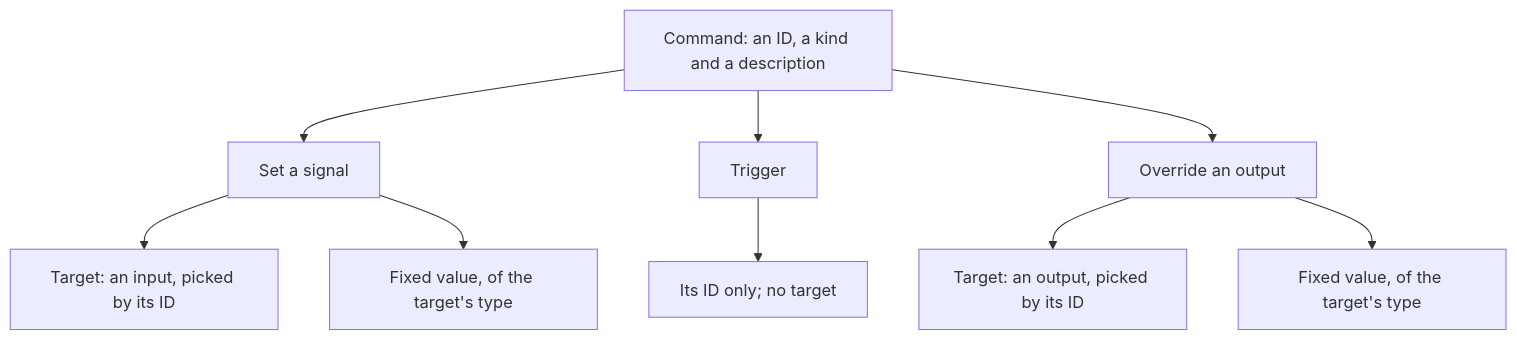
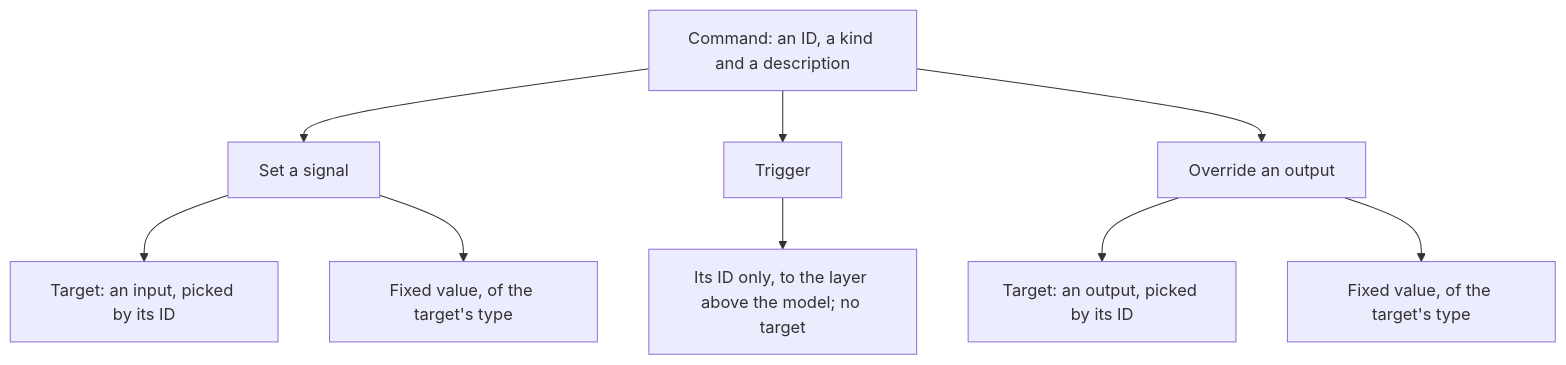
Before and after one commit to AlexandreGallais/synoptic-studio-spec: diagram 34 of 51 in metadata/draft.md, drawn with Mermaid. The commit also changed other lines of this file and 5 other files, not shown here.

First line of the commit message:
docs(metadata): send a trigger to the layer above the model

````diff
--- a/metadata/draft.md
+++ b/metadata/draft.md
@@ -975,11 +975,11 @@
 ```mermaid
 flowchart TD
     C["Command: an ID, a kind and a description"] --> S[Set a signal]
     C --> E[Trigger]
     C --> O[Override an output]
     S --> TS["Target: an input, picked by its ID"]
     S --> F["Fixed value, of the target's type"]
-    E --> N["Its ID only; no target"]
+    E --> N["Its ID only, to the layer above the model; no target"]
     O --> TO["Target: an output, picked by its ID"]
     O --> FO["Fixed value, of the target's type"]
 ```
````
